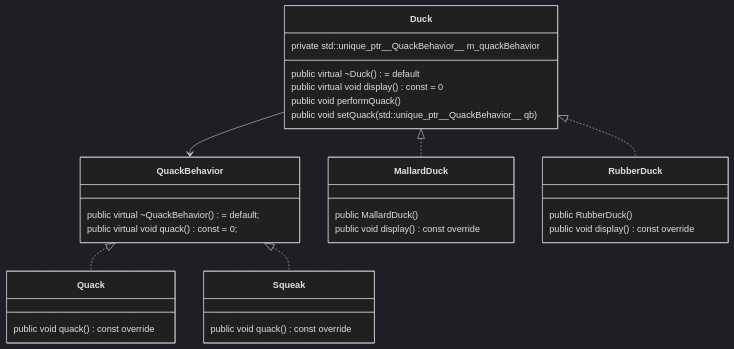
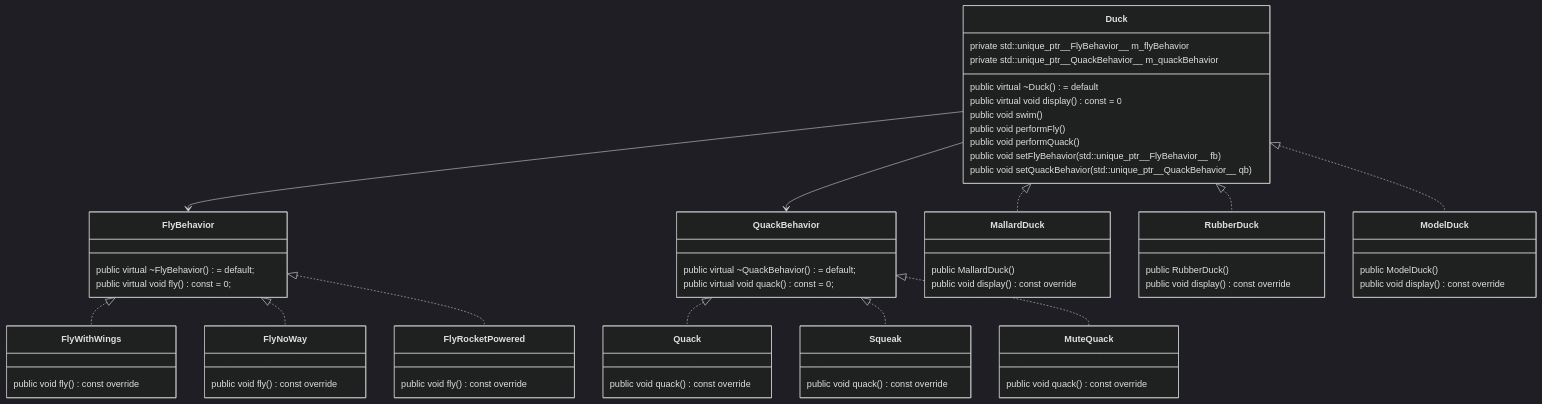
Before and after one commit to rngoodner/design-patterns: the first of 13 diagrams in README.md, drawn with Mermaid (dark theme). The commit also changed other lines of this file, not shown here.

Commit message:
sync README class diagrams with current code

````diff
--- a/README.md
+++ b/README.md
@@ -26,42 +26,76 @@
 ```mermaid
 classDiagram
+
+class FlyBehavior {
+    public virtual ~FlyBehavior() = default;
+    public virtual void fly() const = 0;
+}
+
+class FlyWithWings {
+    public void fly() const override
+}
+
+class FlyNoWay {
+    public void fly() const override
+}
+
+class FlyRocketPowered {
+    public void fly() const override
+}
 
 class QuackBehavior {
     public virtual ~QuackBehavior() = default;
     public virtual void quack() const = 0;
 }
 
 class Quack {
     public void quack() const override
 }
 
 class Squeak {
     public void quack() const override
 }
 
+class MuteQuack {
+    public void quack() const override
+}
+
 class Duck {
     public virtual ~Duck() = default
     public virtual void display() const = 0
-
+    public void swim()
+    public void performFly()
     public void performQuack()
-    public void setQuack(std::unique_ptr__QuackBehavior__ qb)
-
+    public void setFlyBehavior(std::unique_ptr__FlyBehavior__ fb)
+    public void setQuackBehavior(std::unique_ptr__QuackBehavior__ qb)
+    private std::unique_ptr__FlyBehavior__ m_flyBehavior
     private std::unique_ptr__QuackBehavior__ m_quackBehavior
 }
 
 class MallardDuck {
     public MallardDuck()
     public void display() const override
 }
 
 class RubberDuck {
     public RubberDuck()
     public void display() const override
 }
 
+class ModelDuck {
+    public ModelDuck()
+    public void display() const override
+}
+
+Duck <|.. MallardDuck
 Duck <|.. RubberDuck
-Duck <|.. MallardDuck
+Duck <|.. ModelDuck
+Duck --> FlyBehavior
 Duck --> QuackBehavior
+FlyBehavior <|.. FlyWithWings
+FlyBehavior <|.. FlyNoWay
+FlyBehavior <|.. FlyRocketPowered
 QuackBehavior <|.. Quack
 QuackBehavior <|.. Squeak
+QuackBehavior <|.. MuteQuack
 ```
````
